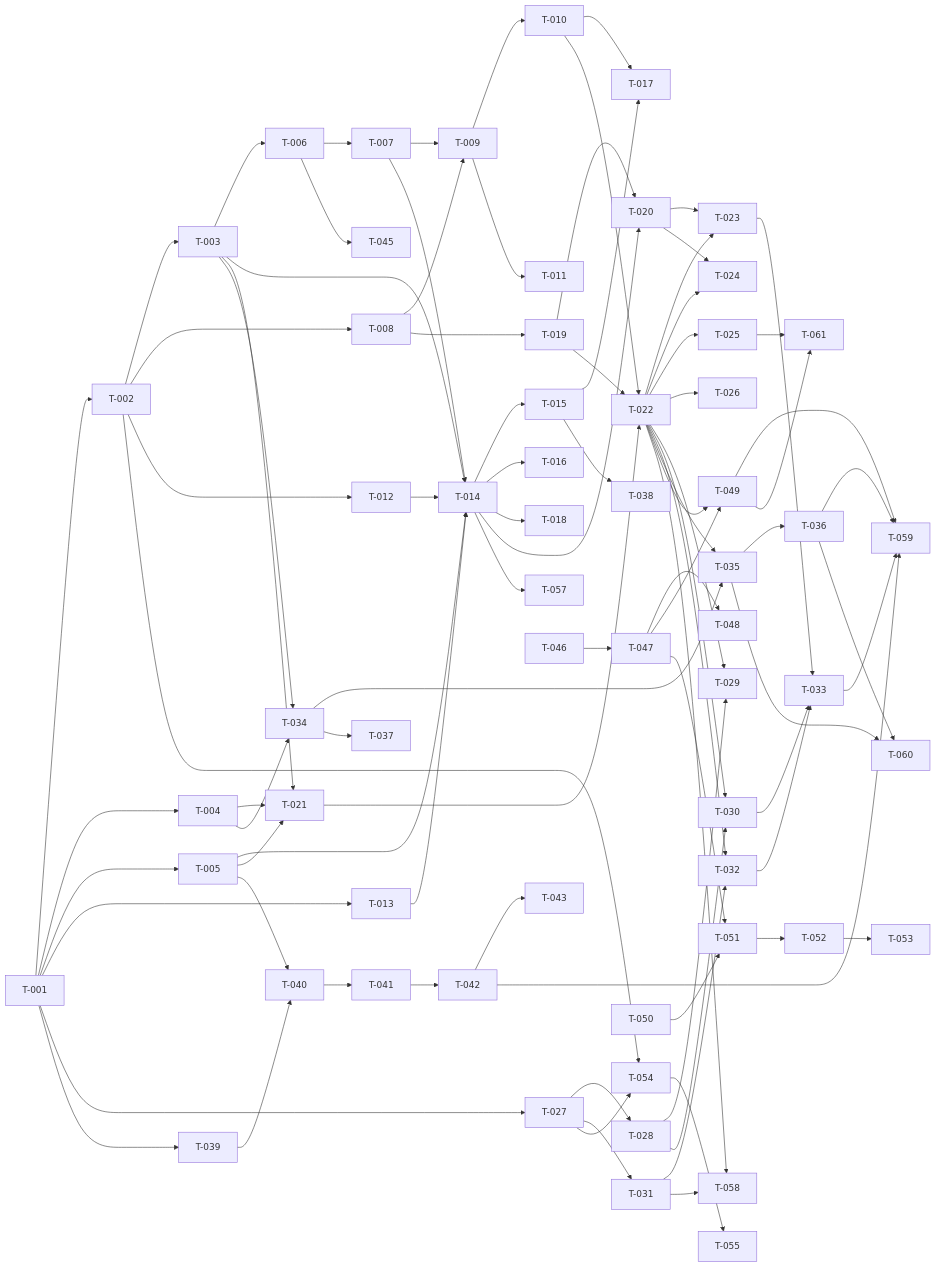
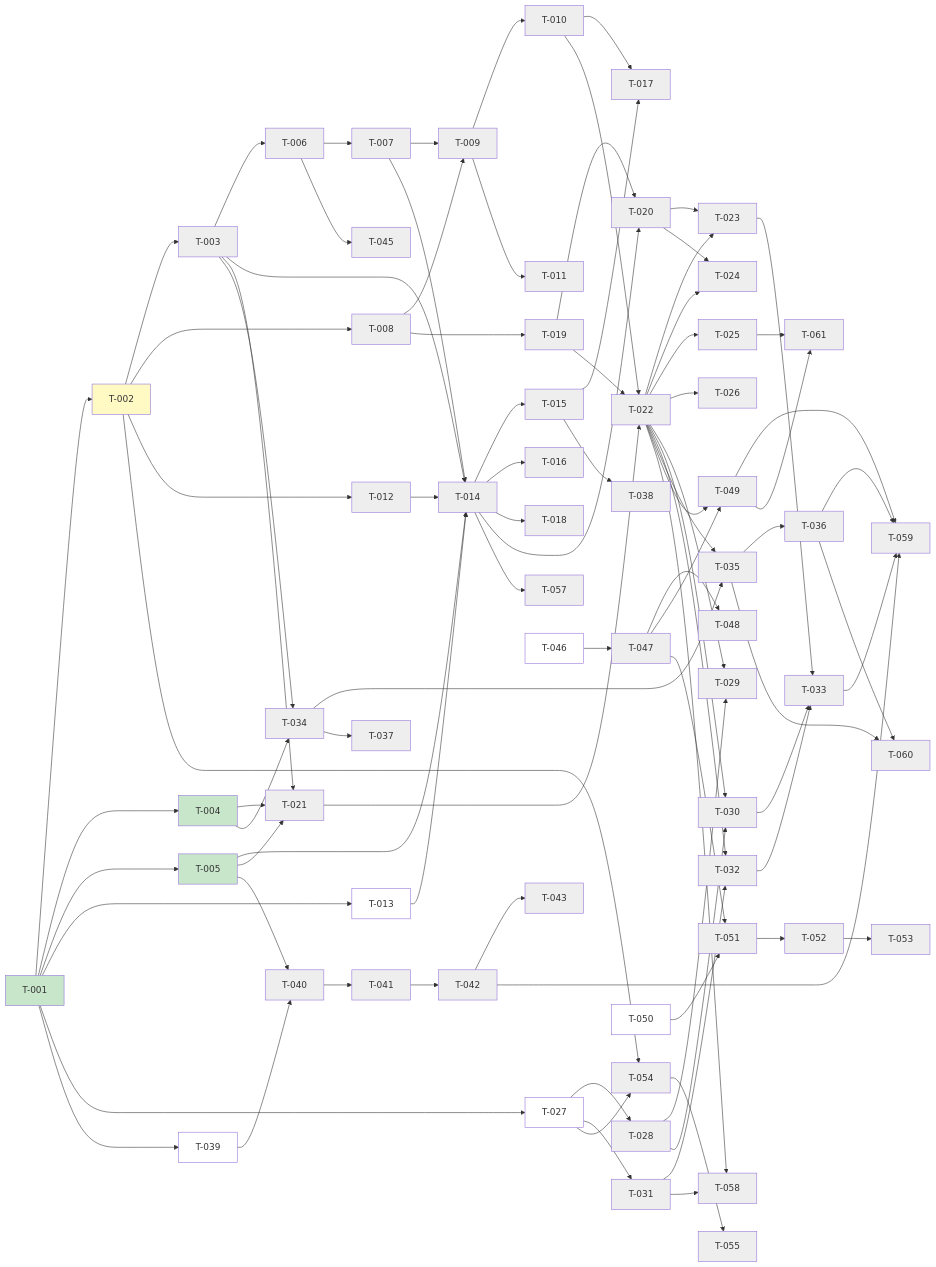
The diagram in kanban/BOARD.md (scholtz/biatec-chat), drawn with Mermaid before and after one commit. The commit also changed other lines of this file and 69 other files, not shown here.

````diff
--- a/kanban/BOARD.md
+++ b/kanban/BOARD.md
@@ -183,4 +183,13 @@
   T036[T-036] --> T060[T-060]
   T025[T-025] --> T061[T-061]
   T049[T-049] --> T061[T-061]
+  classDef done fill:#c8e6c9
+  classDef review fill:#fff9c4
+  classDef inprogress fill:#bbdefb
+  classDef backlog fill:#ffffff
+  classDef blocked fill:#eeeeee
+  class T001,T004,T005 done
+  class T002 review
+  class T013,T027,T039,T044,T046,T050,T056 backlog
+  class T003,T006,T007,T008,T009,T010,T012,T014,T015,T019,T020,T021,T022,T023,T040,T041,T042,T011,T017,T024,T028,T029,T030,T031,T032,T033,T034,T035,T036,T038,T047,T049,T055,T059,T016,T018,T025,T026,T037,T043,T048,T051,T052,T054,T045,T053,T057,T058,T060,T061 blocked
 ```
````
